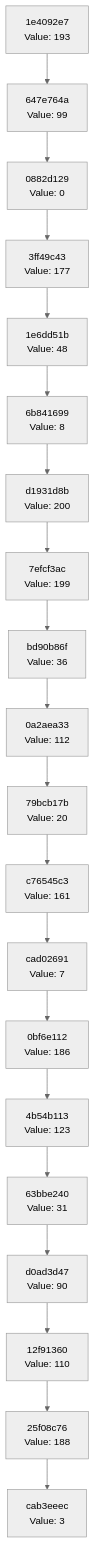
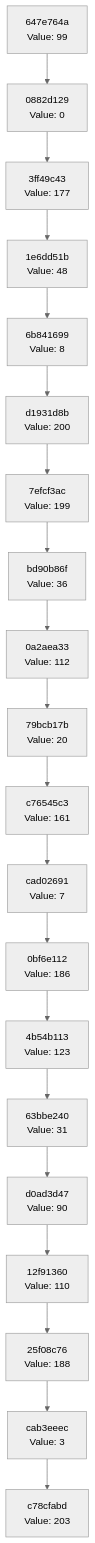
One commit to Abhisheksinha1506/hash-chain-evolver changed the diagram in docs/CHAIN_VISUALIZATION.md. Above: the diagram before and after it, drawn with Mermaid (neutral theme). The commit also changed 3 other files, not shown here.

````diff
--- a/docs/CHAIN_VISUALIZATION.md
+++ b/docs/CHAIN_VISUALIZATION.md
@@ -3,42 +3,42 @@
 ```mermaid
 graph TD
-    C0["cab3eeec<br/>Value: 3"]
-    C1["25f08c76<br/>Value: 188"]
+    C0["c78cfabd<br/>Value: 203"]
+    C1["cab3eeec<br/>Value: 3"]
     C1 --> C0
-    C2["12f91360<br/>Value: 110"]
+    C2["25f08c76<br/>Value: 188"]
     C2 --> C1
-    C3["d0ad3d47<br/>Value: 90"]
+    C3["12f91360<br/>Value: 110"]
     C3 --> C2
-    C4["63bbe240<br/>Value: 31"]
+    C4["d0ad3d47<br/>Value: 90"]
     C4 --> C3
-    C5["4b54b113<br/>Value: 123"]
+    C5["63bbe240<br/>Value: 31"]
     C5 --> C4
-    C6["0bf6e112<br/>Value: 186"]
+    C6["4b54b113<br/>Value: 123"]
     C6 --> C5
-    C7["cad02691<br/>Value: 7"]
+    C7["0bf6e112<br/>Value: 186"]
     C7 --> C6
-    C8["c76545c3<br/>Value: 161"]
+    C8["cad02691<br/>Value: 7"]
     C8 --> C7
-    C9["79bcb17b<br/>Value: 20"]
+    C9["c76545c3<br/>Value: 161"]
     C9 --> C8
-    C10["0a2aea33<br/>Value: 112"]
+    C10["79bcb17b<br/>Value: 20"]
     C10 --> C9
-    C11["bd90b86f<br/>Value: 36"]
+    C11["0a2aea33<br/>Value: 112"]
     C11 --> C10
-    C12["7efcf3ac<br/>Value: 199"]
+    C12["bd90b86f<br/>Value: 36"]
     C12 --> C11
-    C13["d1931d8b<br/>Value: 200"]
+    C13["7efcf3ac<br/>Value: 199"]
     C13 --> C12
-    C14["6b841699<br/>Value: 8"]
+    C14["d1931d8b<br/>Value: 200"]
     C14 --> C13
-    C15["1e6dd51b<br/>Value: 48"]
+    C15["6b841699<br/>Value: 8"]
     C15 --> C14
-    C16["3ff49c43<br/>Value: 177"]
+    C16["1e6dd51b<br/>Value: 48"]
     C16 --> C15
-    C17["0882d129<br/>Value: 0"]
+    C17["3ff49c43<br/>Value: 177"]
     C17 --> C16
-    C18["647e764a<br/>Value: 99"]
+    C18["0882d129<br/>Value: 0"]
     C18 --> C17
-    C19["1e4092e7<br/>Value: 193"]
+    C19["647e764a<br/>Value: 99"]
     C19 --> C18
 ```
````
